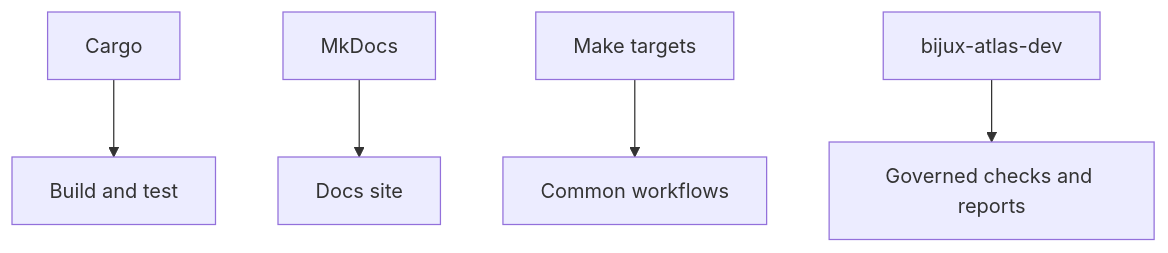
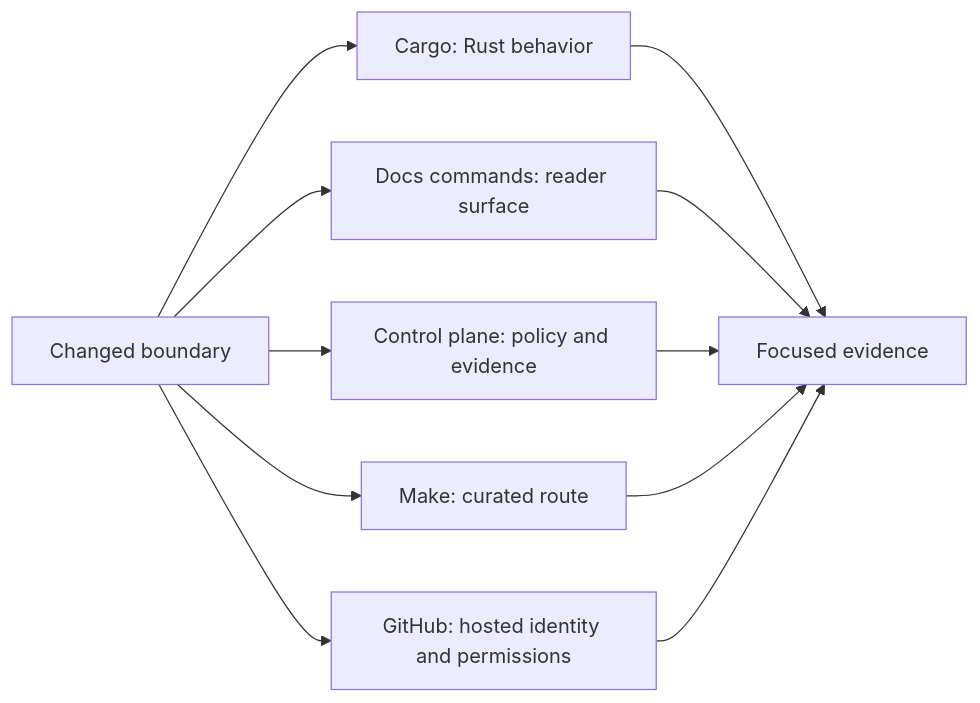
One commit to bijux/bijux-atlas changed the second of 2 diagrams in docs/bijux-atlas-dev/workspace/workspace-and-tooling.md. Above: the diagram before and after it, drawn with Mermaid. The commit also changed other lines of this file and 4 other files, not shown here.

````diff
--- a/docs/bijux-atlas-dev/workspace/workspace-and-tooling.md
+++ b/docs/bijux-atlas-dev/workspace/workspace-and-tooling.md
@@ -30,7 +44,13 @@
 ```mermaid
-flowchart TD
-    Cargo[Cargo] --> Build[Build and test]
-    MkDocs[MkDocs] --> DocsSite[Docs site]
-    Make[Make targets] --> Automation[Common workflows]
-    DevAtlas[bijux-atlas-dev] --> ControlPlane[Governed checks and reports]
+flowchart LR
+    Change[Changed boundary] --> Cargo[Cargo: Rust behavior]
+    Change --> Docs[Docs commands: reader surface]
+    Change --> Control[Control plane: policy and evidence]
+    Change --> Make[Make: curated route]
+    Change --> Hosted[GitHub: hosted identity and permissions]
+    Cargo --> Result[Focused evidence]
+    Docs --> Result
+    Control --> Result
+    Make --> Result
+    Hosted --> Result
 ```
````
